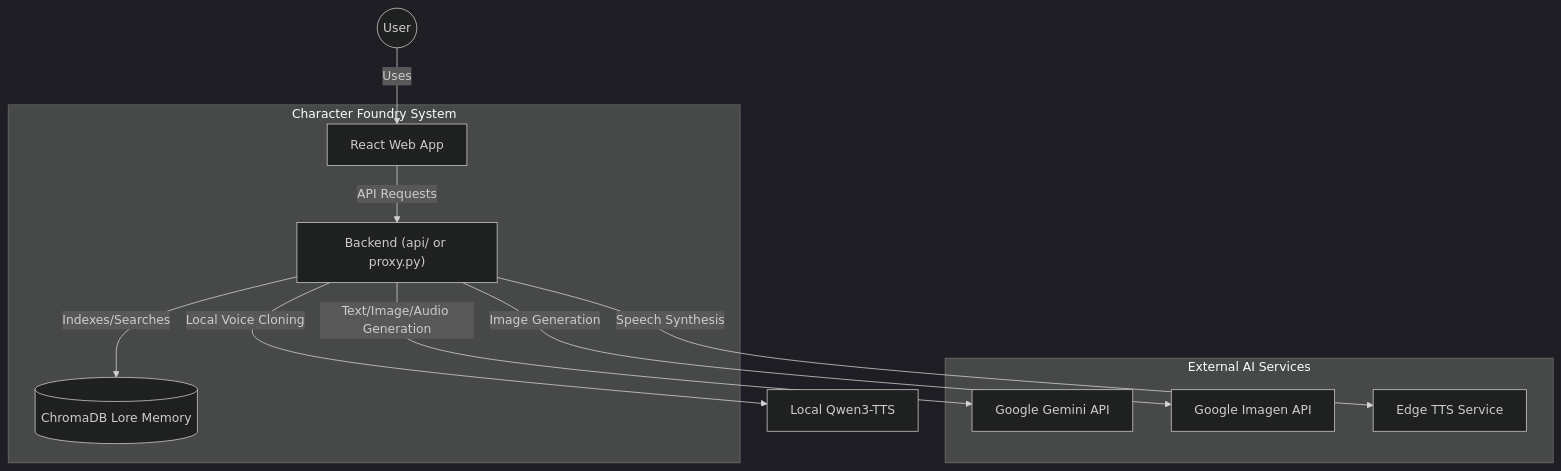
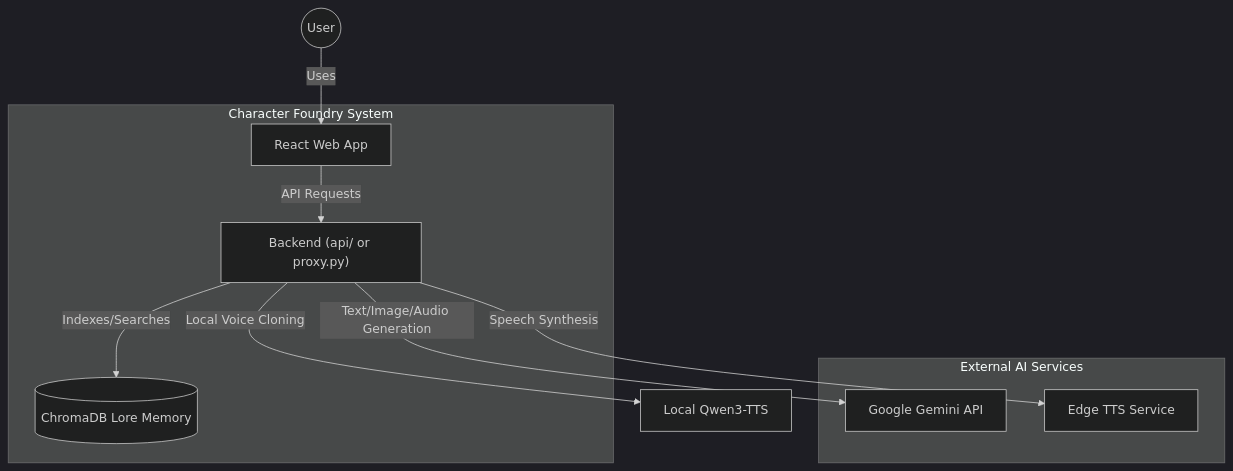
One commit to myrqyry/Character-Foundry changed the first of 2 diagrams in docs/architecture.md. Above: the diagram before and after it, drawn with Mermaid (dark theme). The commit also changed 3 other files, not shown here.

````diff
--- a/docs/architecture.md
+++ b/docs/architecture.md
@@ -9,24 +9,22 @@
 ```mermaid
 graph TD
     User((User))
     
     subgraph "Character Foundry System"
         Frontend[React Web App]
         Backend["Backend (api/ or proxy.py)"]
         ChromaDB[(ChromaDB Lore Memory)]
     end
     
     subgraph "External AI Services"
         Gemini[Google Gemini API]
-        Imagen[Google Imagen API]
         EdgeTTS[Edge TTS Service]
     end
     
     User -->|Uses| Frontend
     Frontend -->|API Requests| Backend
     Backend -->|Indexes/Searches| ChromaDB
     Backend -->|Text/Image/Audio Generation| Gemini
-    Backend -->|Image Generation| Imagen
     Backend -->|Speech Synthesis| EdgeTTS
     Backend -->|Local Voice Cloning| Qwen[Local Qwen3-TTS]
 ```
````
